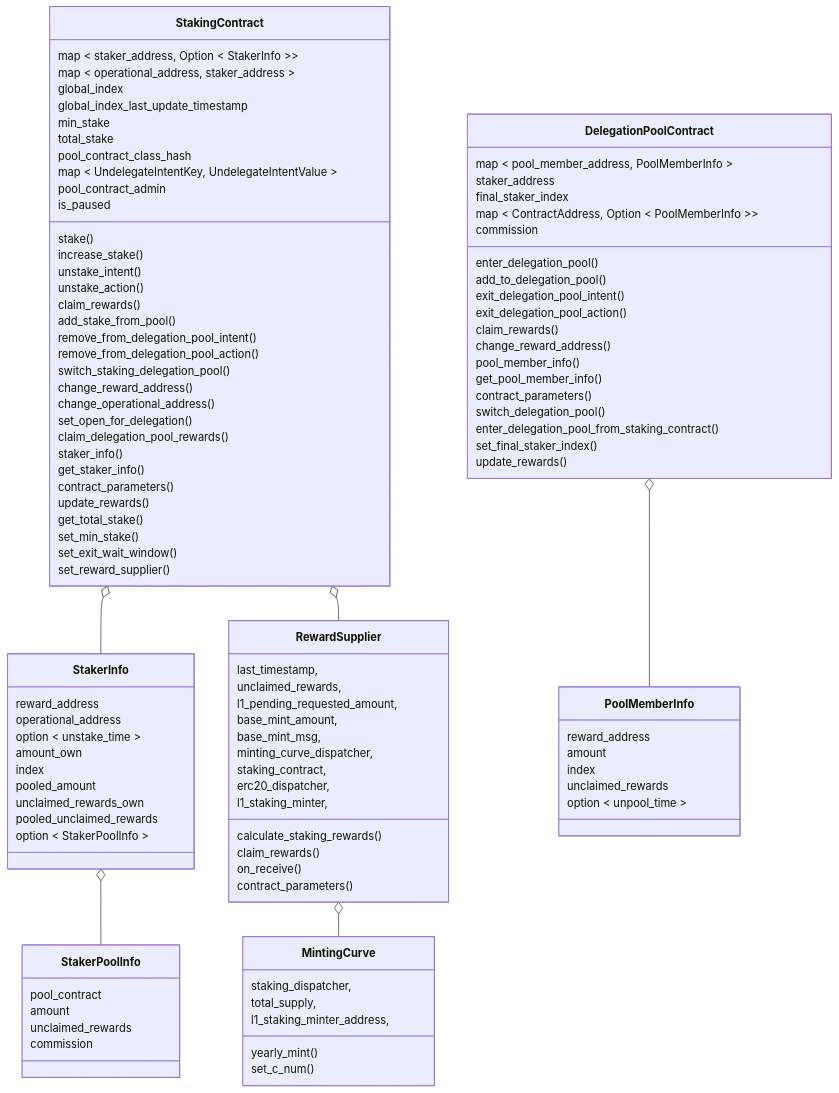
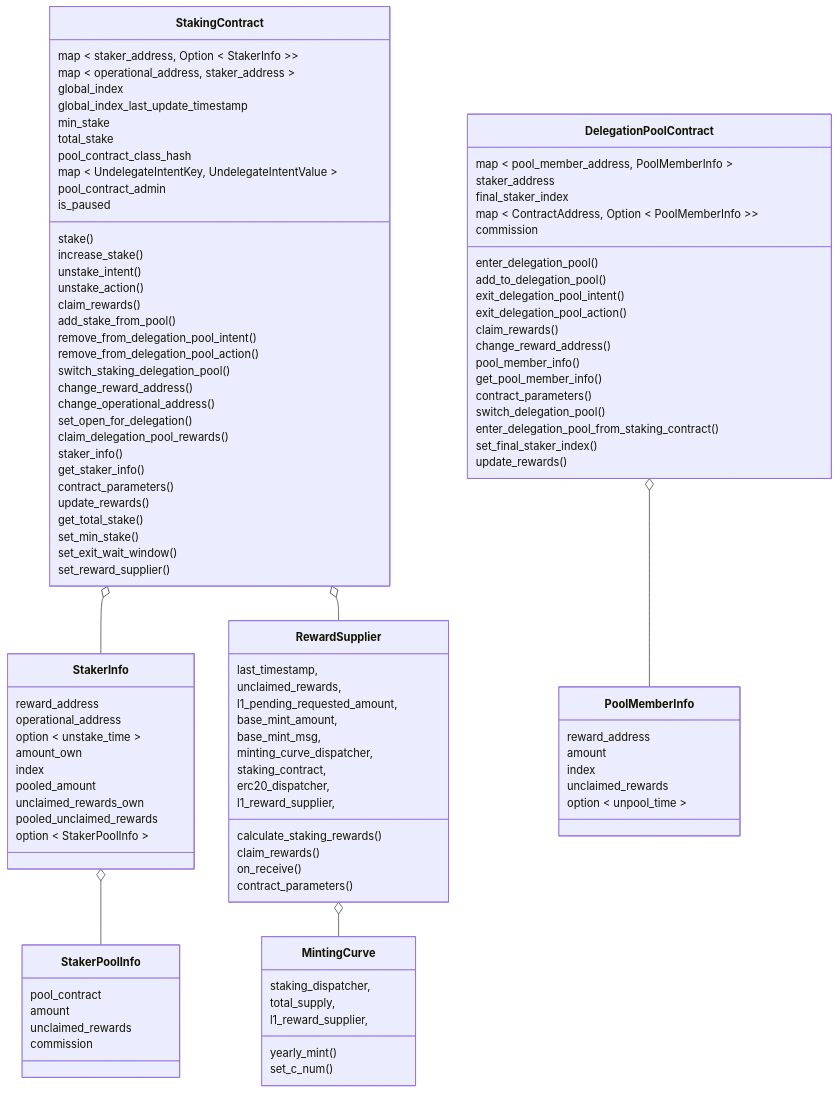
The first of 8 diagrams in workspace/apps/staking/docs/spec.md (starkware-libs/starknet-staking), drawn with Mermaid before and after one commit. The commit also changed 7 other files, not shown here.

Commit message:
fix(staking-audit): Chanige l1_staking_minter-to-l1_reward_supplier (#2222)

```diff
--- a/workspace/apps/staking/docs/spec.md
+++ b/workspace/apps/staking/docs/spec.md
@@ -244,7 +244,7 @@
     minting_curve_dispatcher,
     staking_contract,
     erc20_dispatcher,
-    l1_staking_minter,
+    l1_reward_supplier,
     calculate_staking_rewards()
     claim_rewards()
     on_receive()
@@ -253,7 +253,7 @@
   class MintingCurve {
     staking_dispatcher,
     total_supply,
-    l1_staking_minter_address,
+    l1_reward_supplier,
     yearly_mint()
     set_c_num()
   }
```
